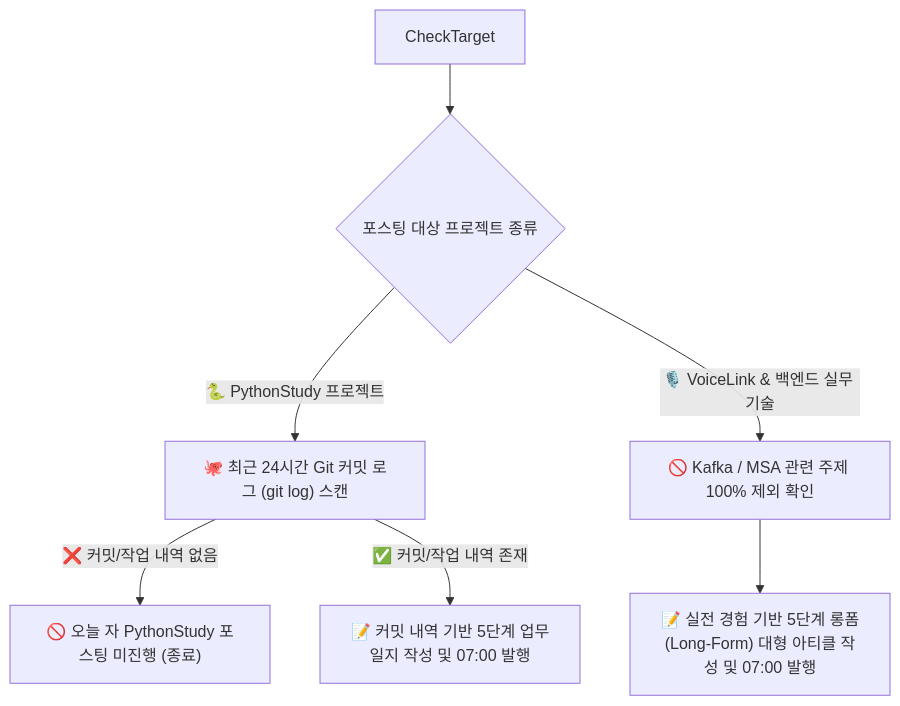
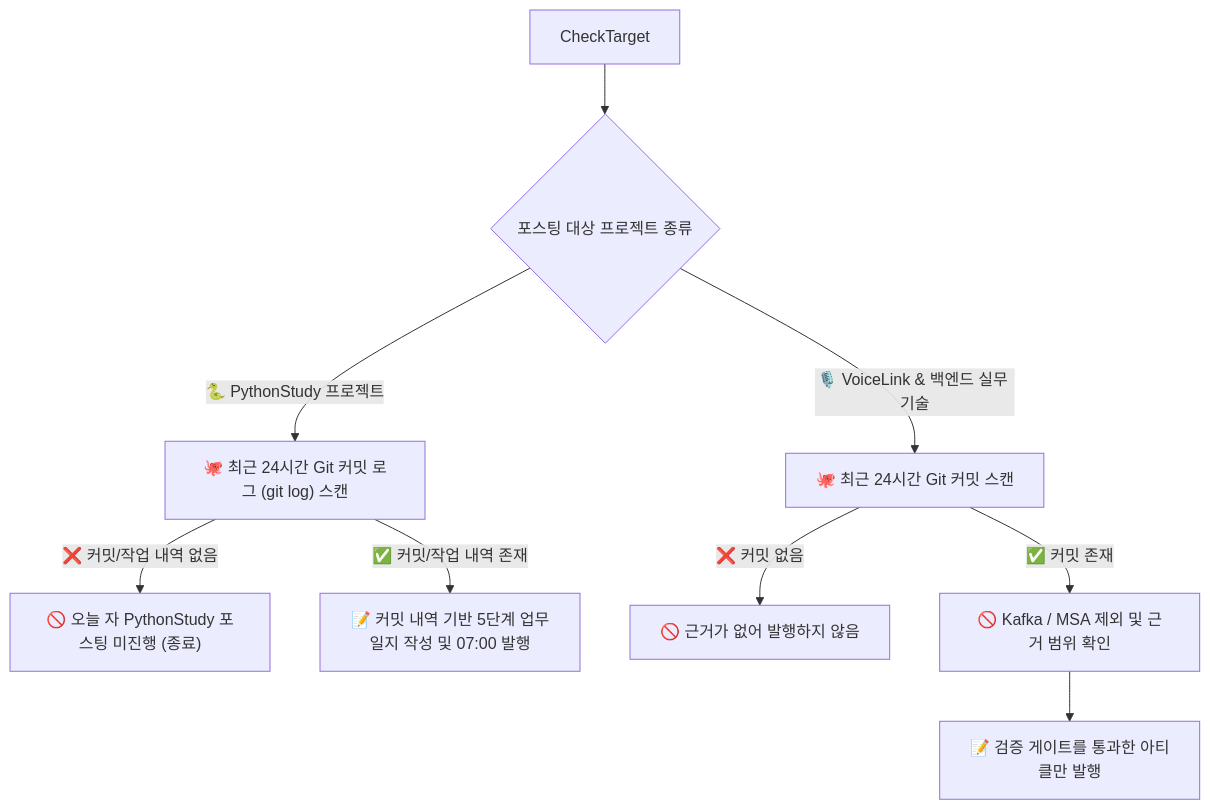
The second of 3 diagrams in docs/DAILY_POSTING_MASTER_PROTOCOL.md (junho0831/career-ops), drawn with Mermaid before and after one commit. The commit also changed other lines of this file, not shown here.

````diff
--- a/docs/DAILY_POSTING_MASTER_PROTOCOL.md
+++ b/docs/DAILY_POSTING_MASTER_PROTOCOL.md
@@ -48,11 +48,13 @@
 ```mermaid
 flowchart TD
     CheckTarget --> Track1{"포스팅 대상 프로젝트 종류"}
     
     Track1 -- "🐍 PythonStudy 프로젝트" --> ScanGit["🐙 최근 24시간 Git 커밋 로그 (git log) 스캔"]
     ScanGit -- "❌ 커밋/작업 내역 없음" --> SkipPython["🚫 오늘 자 PythonStudy 포스팅 미진행 (종료)"]
     ScanGit -- "✅ 커밋/작업 내역 존재" --> BuildPython["📝 커밋 내역 기반 5단계 업무일지 작성 및 07:00 발행"]
     
-    Track1 -- "🎙️ VoiceLink & 백엔드 실무 기술" --> CheckTechScope["🚫 Kafka / MSA 관련 주제 100% 제외 확인"]
-    CheckTechScope --> BuildTech["📝 실전 경험 기반 5단계 롱폼(Long-Form) 대형 아티클 작성 및 07:00 발행"]
+    Track1 -- "🎙️ VoiceLink & 백엔드 실무 기술" --> ScanVoiceGit["🐙 최근 24시간 Git 커밋 스캔"]
+    ScanVoiceGit -- "❌ 커밋 없음" --> SkipVoice["🚫 근거가 없어 발행하지 않음"]
+    ScanVoiceGit -- "✅ 커밋 존재" --> CheckTechScope["🚫 Kafka / MSA 제외 및 근거 범위 확인"]
+    CheckTechScope --> BuildTech["📝 검증 게이트를 통과한 아티클만 발행"]
 ```
````
